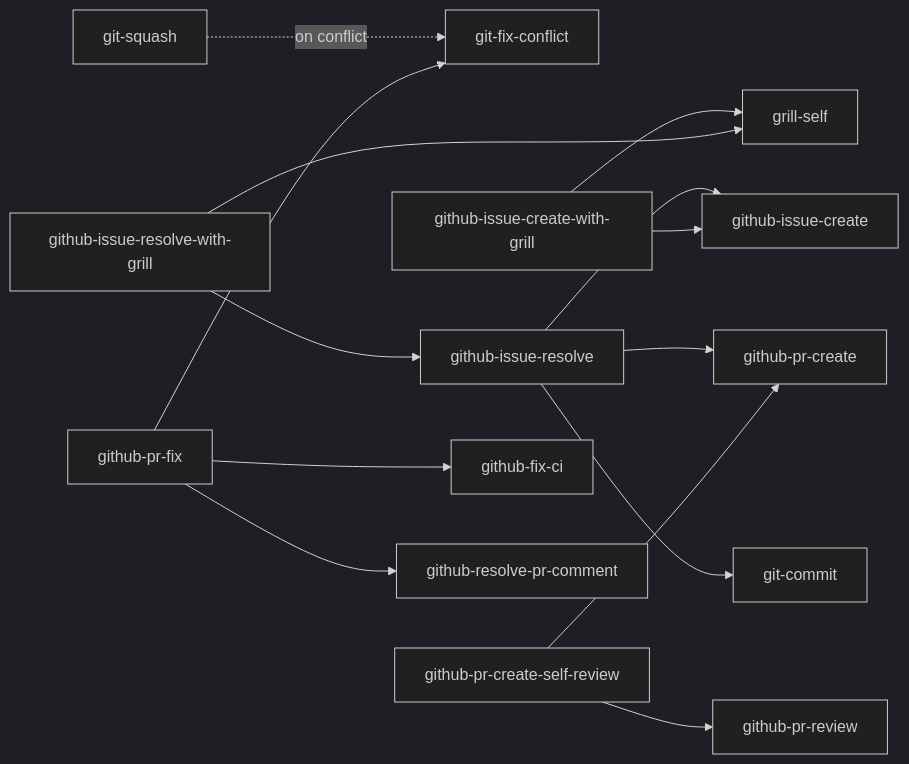
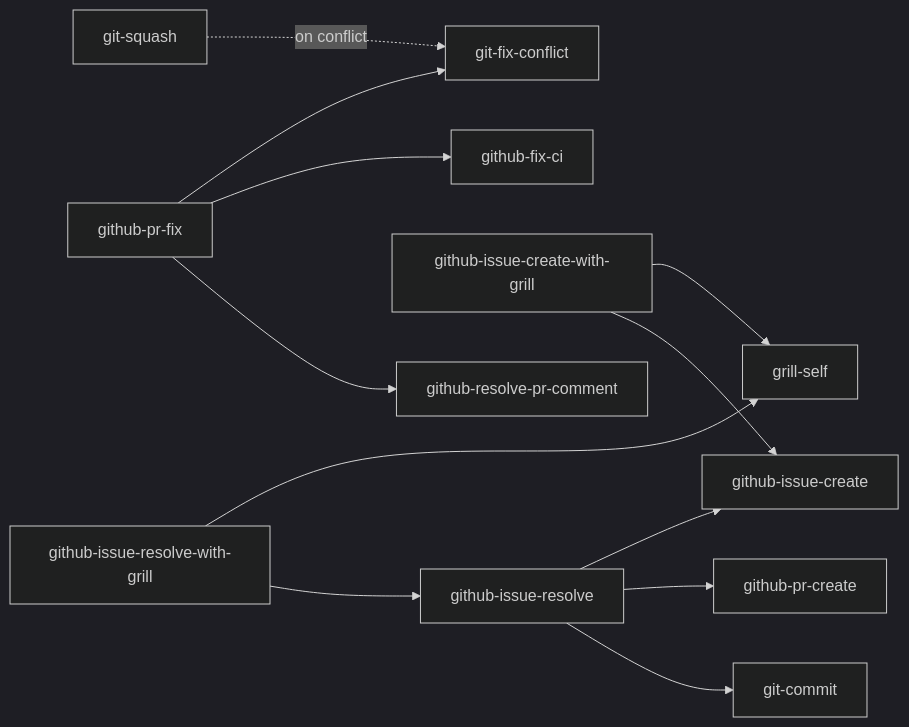
The diagram in doc/skills.md (mjun0812/dotfiles), drawn with Mermaid (dark theme) before and after one commit. The commit also changed other lines of this file and 4 other files, not shown here.

First line of the commit message:
refactor: remove github-pr-create-self-review skill

````diff
--- a/doc/skills.md
+++ b/doc/skills.md
@@ -100,21 +99,18 @@
 ```mermaid
 graph LR
     git-squash -. on conflict .-> git-fix-conflict
 
     github-issue-resolve --> github-issue-create
     github-issue-resolve --> github-pr-create
     github-issue-resolve --> git-commit
 
     github-issue-create-with-grill --> grill-self
     github-issue-create-with-grill --> github-issue-create
 
     github-issue-resolve-with-grill --> grill-self
     github-issue-resolve-with-grill --> github-issue-resolve
 
-    github-pr-create-self-review --> github-pr-create
-    github-pr-create-self-review --> github-pr-review
-
     github-pr-fix --> git-fix-conflict
     github-pr-fix --> github-fix-ci
     github-pr-fix --> github-resolve-pr-comment
 ```
````
